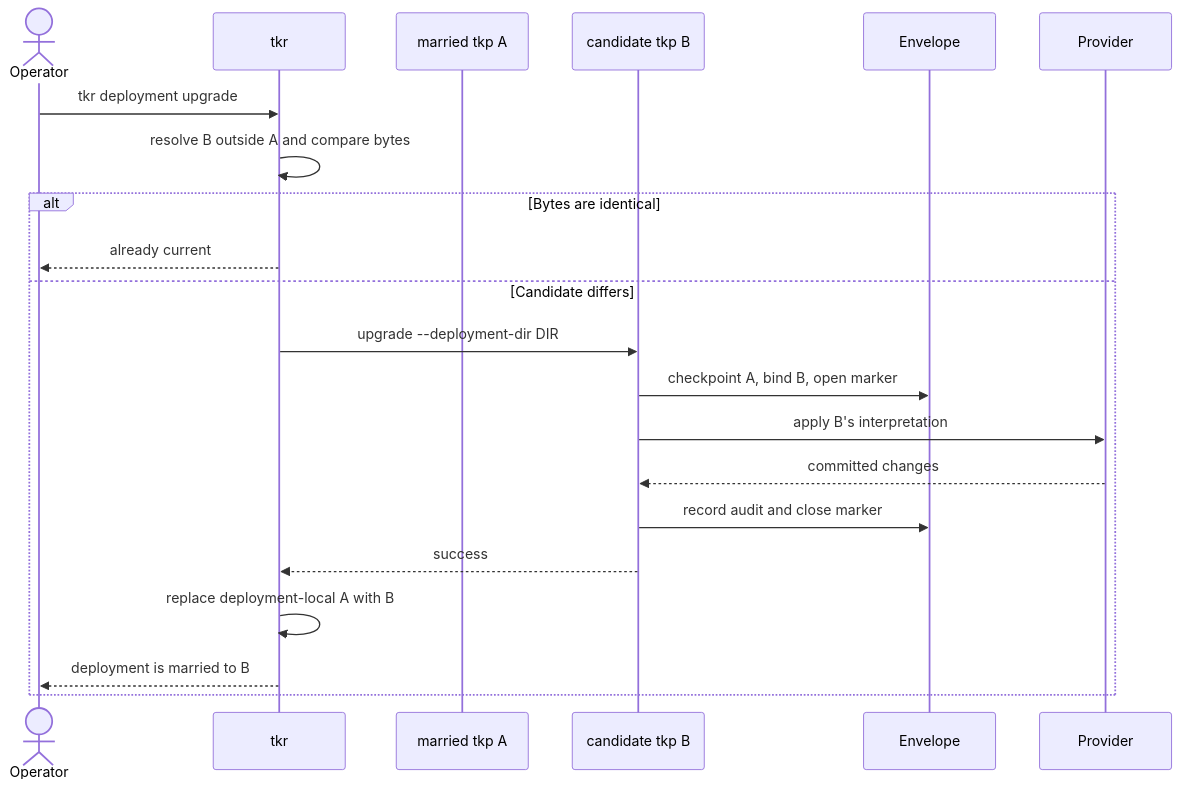
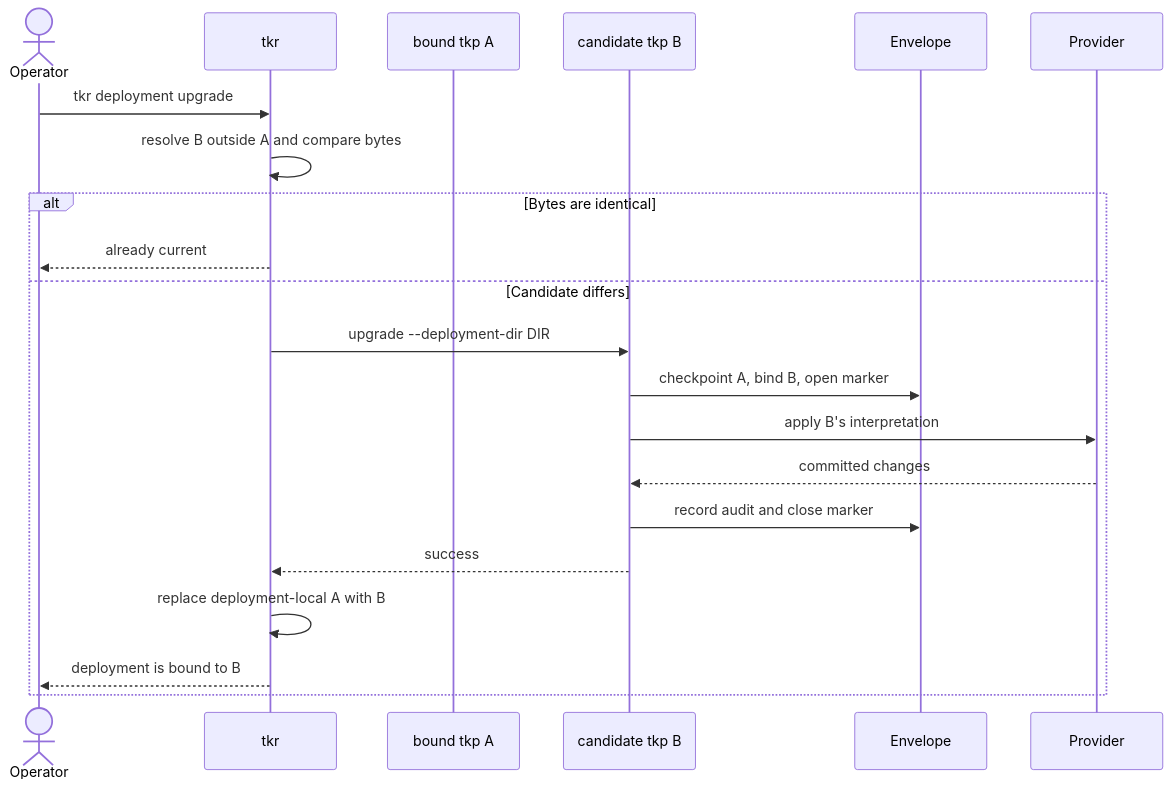
One commit to tokeira/tokeira changed the fifth of 6 diagrams in docs/provisioning/tkr-and-tkp.md. Above: the diagram before and after it, drawn with Mermaid. The commit also changed other lines of this file and 4 other files, not shown here.

First line of the commit message:
docs(diagrams): show the ECS platform's own fragments, say why TUF, and use the current vocabulary

````diff
--- a/docs/provisioning/tkr-and-tkp.md
+++ b/docs/provisioning/tkr-and-tkp.md
@@ -312,24 +312,24 @@
 ```mermaid
 sequenceDiagram
     actor Operator
     participant TKR as tkr
-    participant A as married tkp A
+    participant A as bound tkp A
     participant B as candidate tkp B
     participant Envelope
     participant Provider
 
     Operator->>TKR: tkr deployment upgrade
     TKR->>TKR: resolve B outside A and compare bytes
     alt Bytes are identical
         TKR-->>Operator: already current
     else Candidate differs
         TKR->>B: upgrade --deployment-dir DIR
         B->>Envelope: checkpoint A, bind B, open marker
         B->>Provider: apply B's interpretation
         Provider-->>B: committed changes
         B->>Envelope: record audit and close marker
         B-->>TKR: success
         TKR->>TKR: replace deployment-local A with B
-        TKR-->>Operator: deployment is married to B
+        TKR-->>Operator: deployment is bound to B
     end
 ```
````
